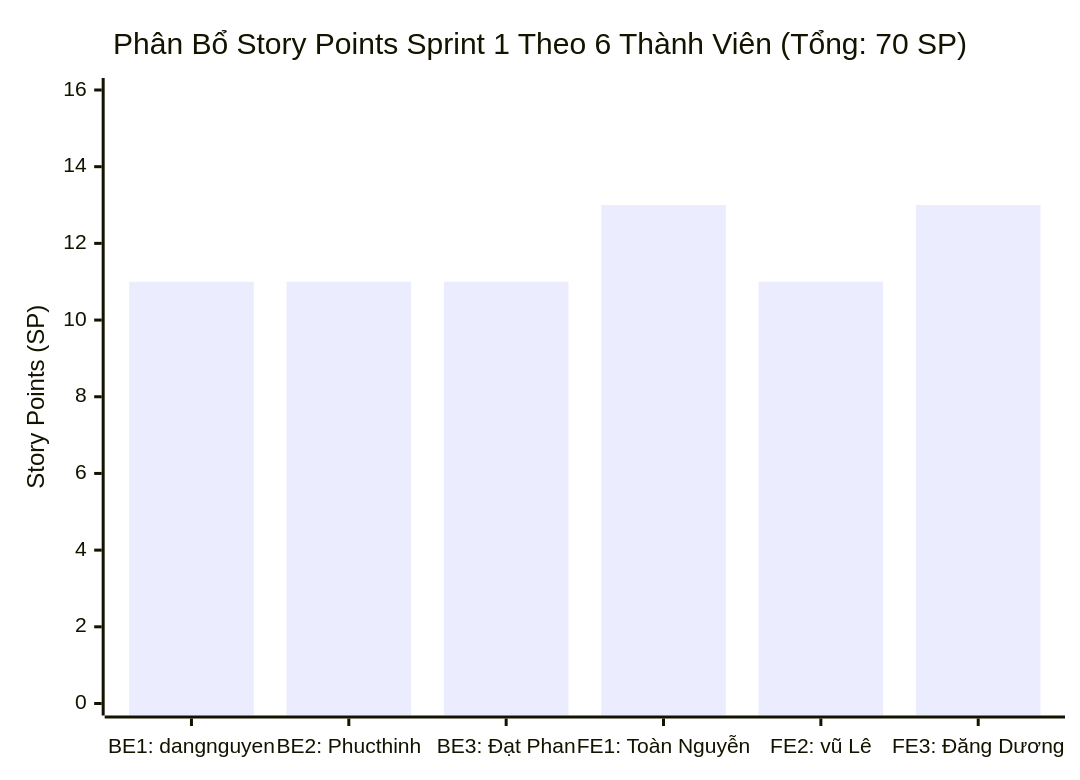
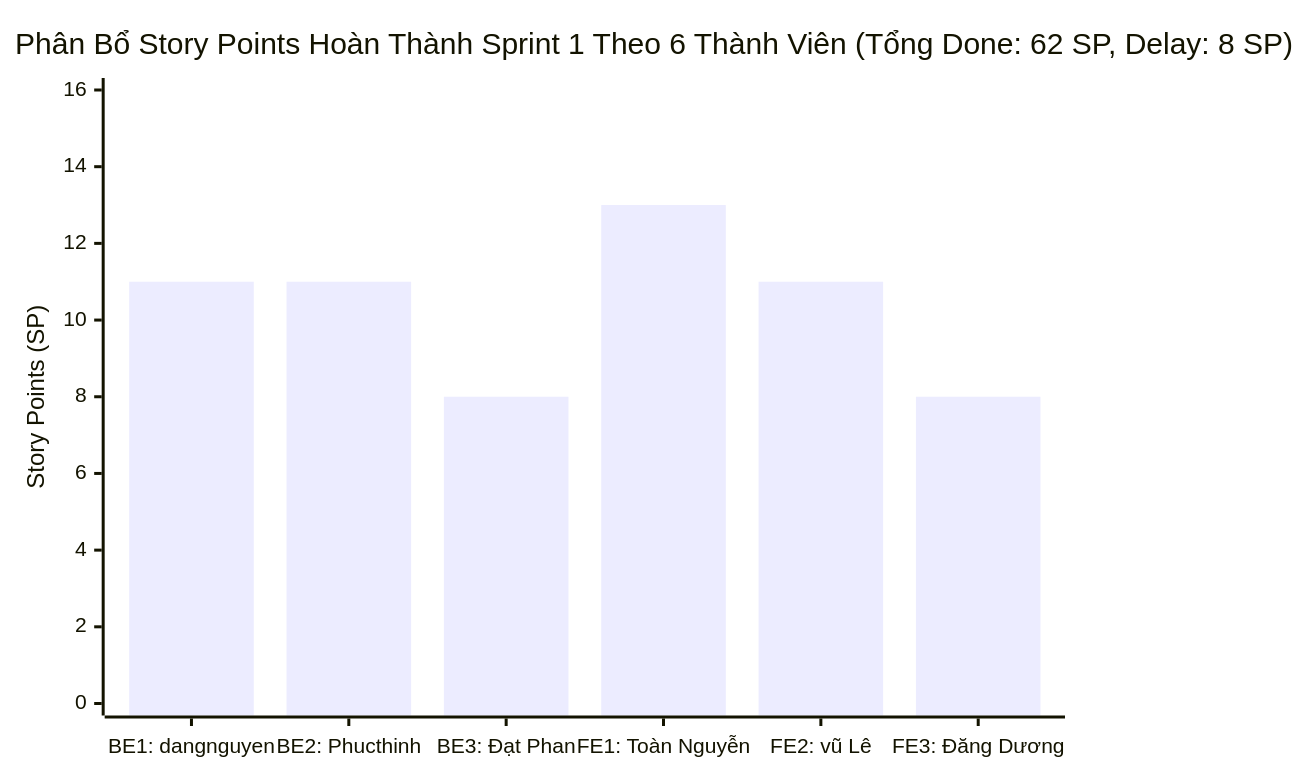
One commit to nguyen0605/rikkei-ojt-greenphone-ecommerce changed the diagram in docs/BACKLOG_GREENPHONE.md. Above: the diagram before and after it, drawn with Mermaid. The commit also changed other lines of this file and 2 other files, not shown here.

Commit message:
docs: export official sprint 1 acceptance PDF report and update delay metrics

````diff
--- a/docs/BACKLOG_GREENPHONE.md
+++ b/docs/BACKLOG_GREENPHONE.md
@@ -86,7 +91,7 @@
 ```mermaid
 xychart-beta
-    title "Phân Bổ Story Points Sprint 1 Theo 6 Thành Viên (Tổng: 70 SP)"
+    title "Phân Bổ Story Points Hoàn Thành Sprint 1 Theo 6 Thành Viên (Tổng Done: 62 SP, Delay: 8 SP)"
     x-axis ["BE1: dangnguyen", "BE2: Phucthinh", "BE3: Đạt Phan", "FE1: Toàn Nguyễn", "FE2: vũ Lê", "FE3: Đăng Dương"]
     y-axis "Story Points (SP)" 0 --> 16
-    bar [11, 11, 11, 13, 11, 13]
+    bar [11, 11, 8, 13, 11, 8]
 ```
````
